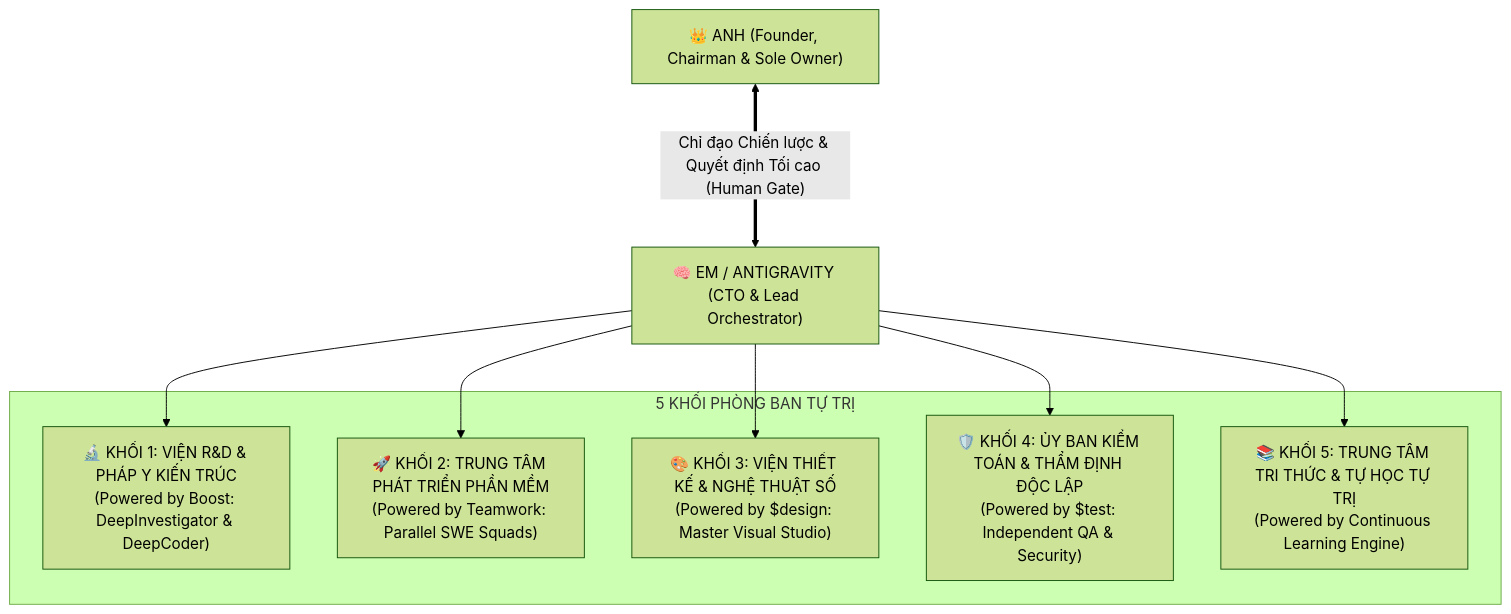
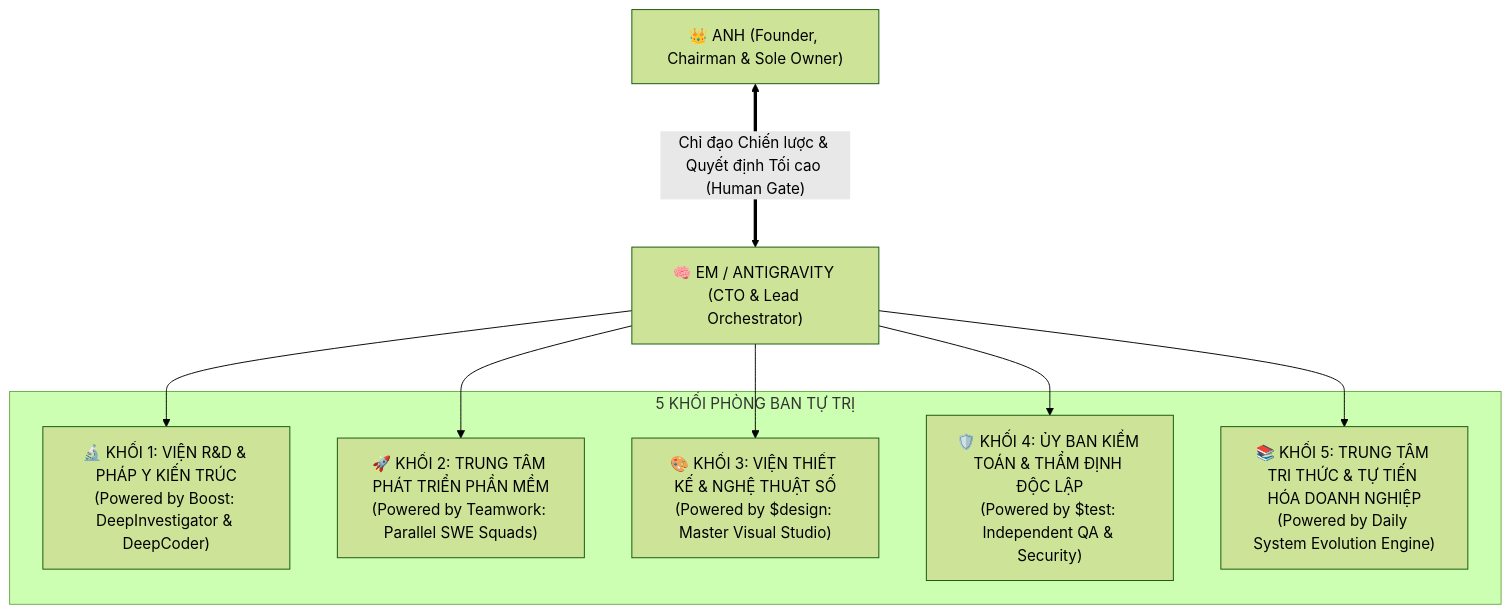
One commit to hoadulieu2003-lang/antigravity-skill changed the diagram in config/ENTERPRISE_CHARTER.md. Above: the diagram before and after it, drawn with Mermaid (forest theme). The commit also changed other lines of this file and 42 other files, not shown here.

````diff
--- a/config/ENTERPRISE_CHARTER.md
+++ b/config/ENTERPRISE_CHARTER.md
@@ -14,21 +14,21 @@
 ```mermaid
 flowchart TD
     Founder["👑 ANH (Founder, Chairman & Sole Owner)"]
     CTO["🧠 EM / ANTIGRAVITY (CTO & Lead Orchestrator)"]
     
     Founder <===>|"Chỉ đạo Chiến lược & Quyết định Tối cao (Human Gate)"| CTO
     
     subgraph CorporateDivisions ["5 KHỐI PHÒNG BAN TỰ TRỊ"]
         D1["🔬 KHỐI 1: VIỆN R&D & PHÁP Y KIẾN TRÚC\n(Powered by Boost: DeepInvestigator & DeepCoder)"]
         D2["🚀 KHỐI 2: TRUNG TÂM PHÁT TRIỂN PHẦN MỀM\n(Powered by Teamwork: Parallel SWE Squads)"]
         D3["🎨 KHỐI 3: VIỆN THIẾT KẾ & NGHỆ THUẬT SỐ\n(Powered by $design: Master Visual Studio)"]
         D4["🛡️ KHỐI 4: ỦY BAN KIỂM TOÁN & THẨM ĐỊNH ĐỘC LẬP\n(Powered by $test: Independent QA & Security)"]
-        D5["📚 KHỐI 5: TRUNG TÂM TRI THỨC & TỰ HỌC TỰ TRỊ\n(Powered by Continuous Learning Engine)"]
+        D5["📚 KHỐI 5: TRUNG TÂM TRI THỨC & TỰ TIẾN HÓA DOANH NGHIỆP\n(Powered by Daily System Evolution Engine)"]
     end
     
     CTO --> D1
     CTO --> D2
     CTO --> D3
     CTO --> D4
     CTO --> D5
 ```
````
